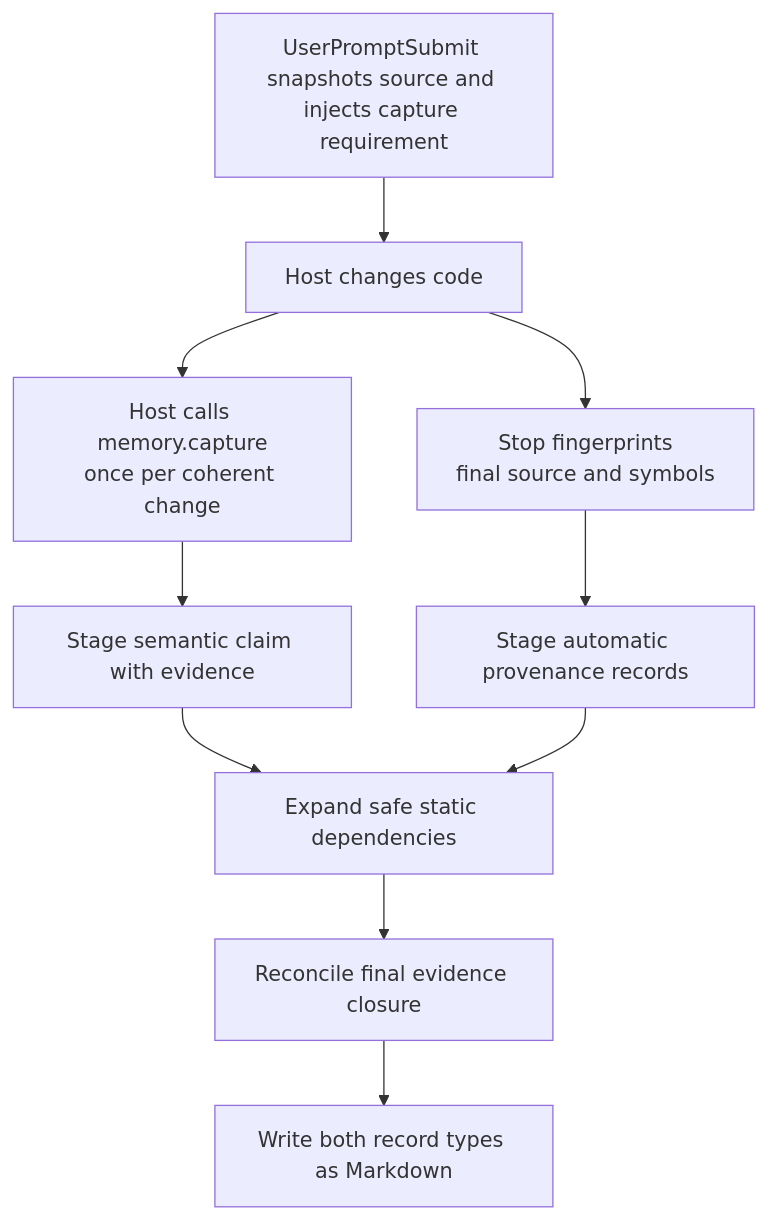
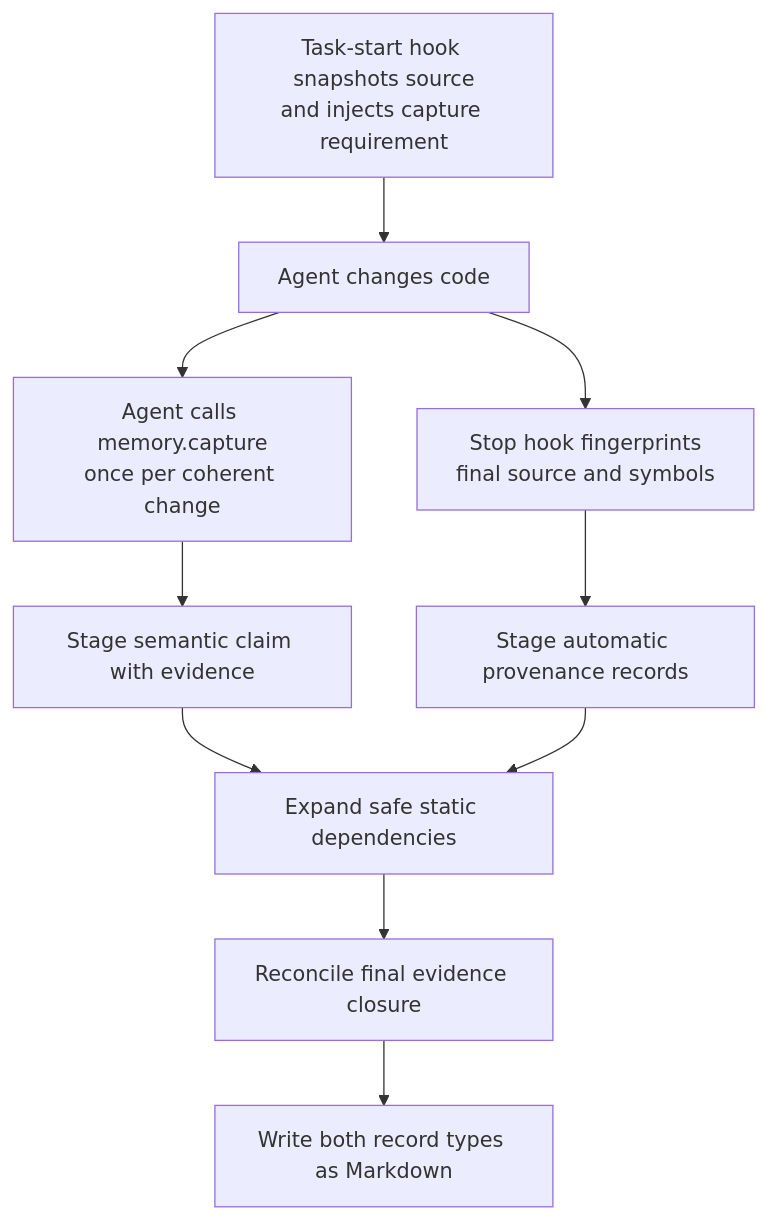
The second of 2 diagrams in README.md (fagnermourafeitosa/memory-stale), drawn with Mermaid before and after one commit. The commit also changed other lines of this file, not shown here.

Commit message:
docs(readme): make mermaid diagrams harness-agnostic with specific hook references

````diff
--- a/README.md
+++ b/README.md
@@ -209,12 +209,12 @@
 ```mermaid
 flowchart TD
-    A[UserPromptSubmit snapshots source and injects capture requirement] --> B[Host changes code]
-    B --> C["Host calls memory.capture<br/>once per coherent change"]
-    B --> D["Stop fingerprints<br/>final source and symbols"]
+    A["Task-start hook snapshots source<br/>and injects capture requirement"] --> B[Agent changes code]
+    B --> C["Agent calls memory.capture<br/>once per coherent change"]
+    B --> D["Stop hook fingerprints<br/>final source and symbols"]
     C --> E[Stage semantic claim with evidence]
     D --> F[Stage automatic provenance records]
     E --> I[Expand safe static dependencies]
     F --> I
     I --> G[Reconcile final evidence closure]
     G --> H[Write both record types as Markdown]
 ```
````
